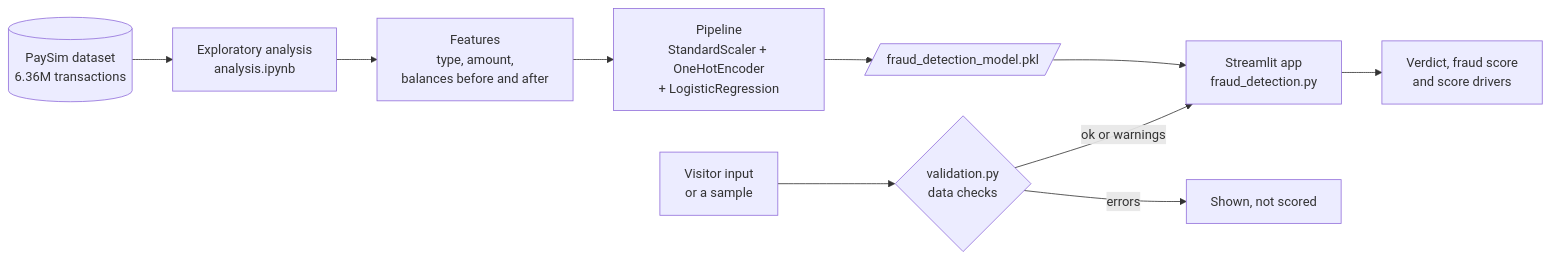
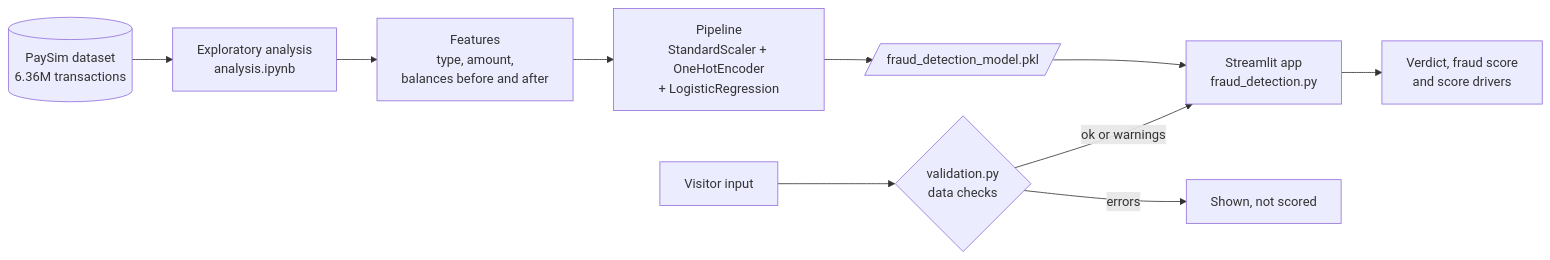
The diagram in README.md (chandhim/FraudX-ML), drawn with Mermaid before and after one commit. The commit also changed other lines of this file and 6 other files, not shown here.

````diff
--- a/README.md
+++ b/README.md
@@ -38,12 +38,12 @@
 ```mermaid
 flowchart LR
     A[("PaySim dataset<br/>6.36M transactions")] --> B["Exploratory analysis<br/>analysis.ipynb"]
     B --> C["Features<br/>type, amount,<br/>balances before and after"]
     C --> D["Pipeline<br/>StandardScaler + OneHotEncoder<br/>+ LogisticRegression"]
     D --> E[/"fraud_detection_model.pkl"/]
     E --> F["Streamlit app<br/>fraud_detection.py"]
-    G["Visitor input<br/>or a sample"] --> H{"validation.py<br/>data checks"}
+    G["Visitor input"] --> H{"validation.py<br/>data checks"}
     H -- "errors" --> I["Shown, not scored"]
     H -- "ok or warnings" --> F
     F --> J["Verdict, fraud score<br/>and score drivers"]
 ```
````
